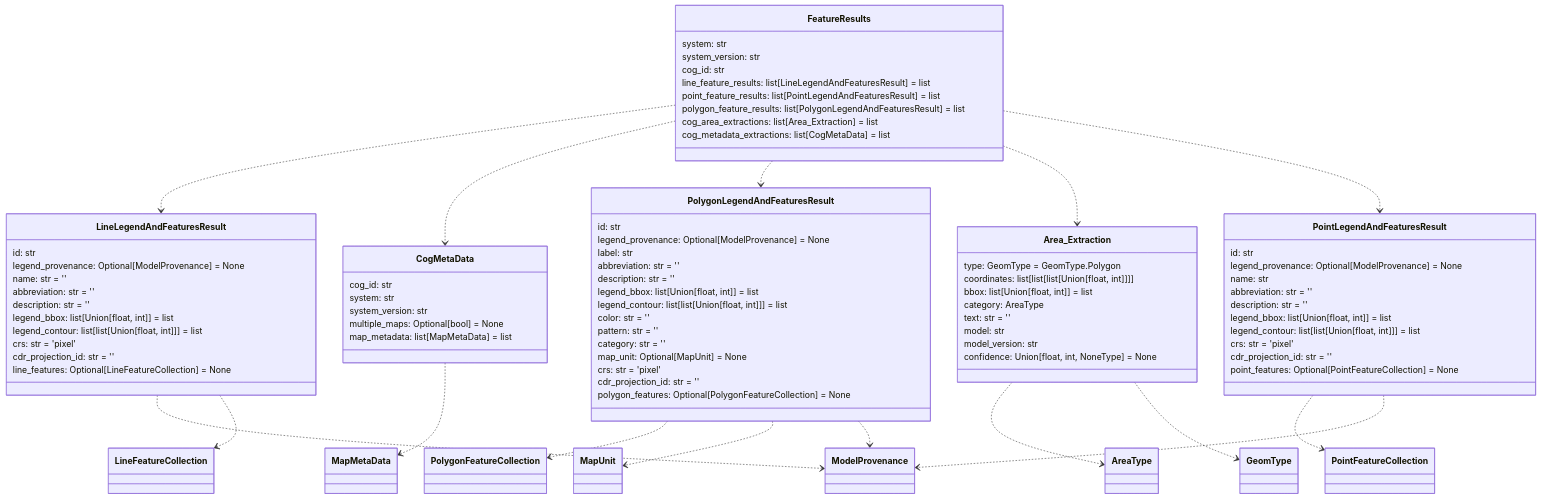
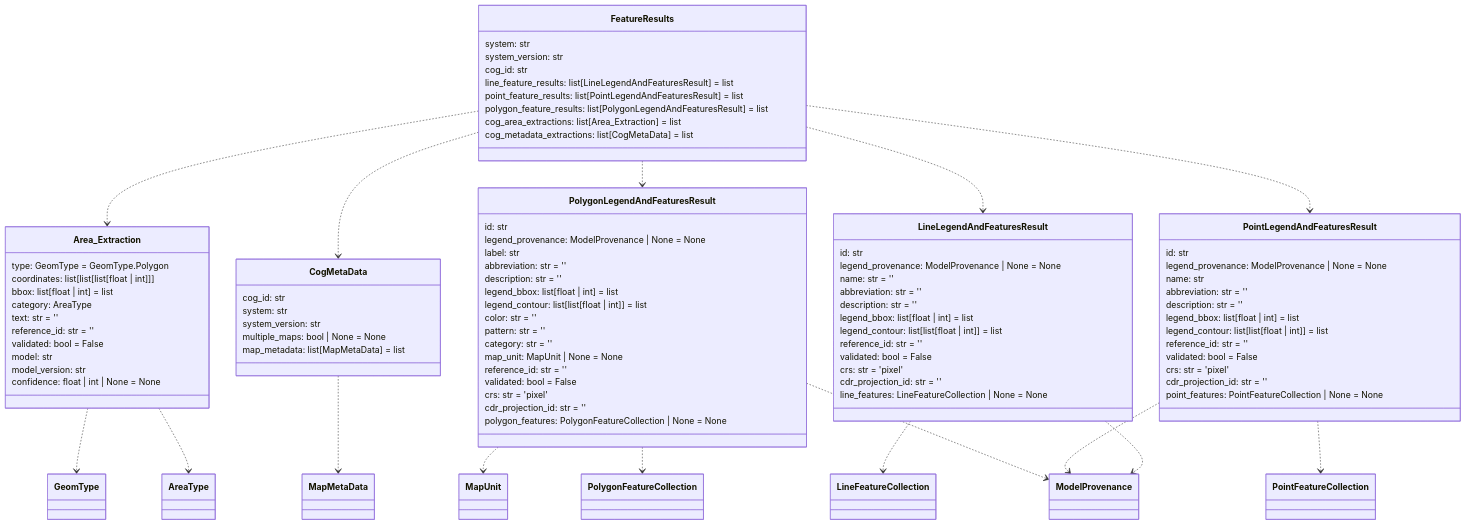
The fourth of 14 diagrams in README.md (DARPA-CRITICALMAAS/cdr_schemas), drawn with Mermaid before and after one commit. The commit also changed other lines of this file and 3 other files, not shown here.

First line of the commit message:
TA3 Schema Integration and Metadata Parsing (#36)

````diff
--- a/README.md
+++ b/README.md
@@ -251,25 +258,59 @@
 ```mermaid
 classDiagram
 
-    class LineLegendAndFeaturesResult {
+    class PolygonLegendAndFeaturesResult {
         id: str
-        legend_provenance: Optional[ModelProvenance] = None
-        name: str = ''
+        legend_provenance: ModelProvenance | None = None
+        label: str
         abbreviation: str = ''
         description: str = ''
-        legend_bbox: list[Union[float, int]] = list
-        legend_contour: list[list[Union[float, int]]] = list
+        legend_bbox: list[float | int] = list
+        legend_contour: list[list[float | int]] = list
+        color: str = ''
+        pattern: str = ''
+        category: str = ''
+        map_unit: MapUnit | None = None
+        reference_id: str = ''
+        validated: bool = False
         crs: str = 'pixel'
         cdr_projection_id: str = ''
-        line_features: Optional[LineFeatureCollection] = None
+        polygon_features: PolygonFeatureCollection | None = None
+    }
+
+    class Area_Extraction {
+        type: GeomType = GeomType.Polygon
+        coordinates: list[list[list[float | int]]]
+        bbox: list[float | int] = list
+        category: AreaType
+        text: str = ''
+        reference_id: str = ''
+        validated: bool = False
+        model: str
+        model_version: str
+        confidence: float | int | None = None
     }
 
     class CogMetaData {
         cog_id: str
         system: str
         system_version: str
-        multiple_maps: Optional[bool] = None
+        multiple_maps: bool | None = None
         map_metadata: list[MapMetaData] = list
+    }
+
+    class LineLegendAndFeaturesResult {
+        id: str
+        legend_provenance: ModelProvenance | None = None
+        name: str = ''
+        abbreviation: str = ''
+        description: str = ''
+        legend_bbox: list[float | int] = list
+        legend_contour: list[list[float | int]] = list
+        reference_id: str = ''
+        validated: bool = False
+        crs: str = 'pixel'
+        cdr_projection_id: str = ''
+        line_features: LineFeatureCollection | None = None
     }
 
     class FeatureResults {
@@ -283,61 +324,35 @@
         cog_metadata_extractions: list[CogMetaData] = list
     }
 
-    class PolygonLegendAndFeaturesResult {
-        id: str
-        legend_provenance: Optional[ModelProvenance] = None
-        label: str
-        abbreviation: str = ''
-        description: str = ''
-        legend_bbox: list[Union[float, int]] = list
-        legend_contour: list[list[Union[float, int]]] = list
-        color: str = ''
-        pattern: str = ''
-        category: str = ''
-        map_unit: Optional[MapUnit] = None
-        crs: str = 'pixel'
-        cdr_projection_id: str = ''
-        polygon_features: Optional[PolygonFeatureCollection] = None
-    }
-
-    class Area_Extraction {
-        type: GeomType = GeomType.Polygon
-        coordinates: list[list[list[Union[float, int]]]]
-        bbox: list[Union[float, int]] = list
-        category: AreaType
-        text: str = ''
-        model: str
-        model_version: str
-        confidence: Union[float, int, NoneType] = None
-    }
-
     class PointLegendAndFeaturesResult {
         id: str
-        legend_provenance: Optional[ModelProvenance] = None
+        legend_provenance: ModelProvenance | None = None
         name: str
         abbreviation: str = ''
         description: str = ''
-        legend_bbox: list[Union[float, int]] = list
-        legend_contour: list[list[Union[float, int]]] = list
+        legend_bbox: list[float | int] = list
+        legend_contour: list[list[float | int]] = list
+        reference_id: str = ''
+        validated: bool = False
         crs: str = 'pixel'
         cdr_projection_id: str = ''
-        point_features: Optional[PointFeatureCollection] = None
+        point_features: PointFeatureCollection | None = None
     }
 
+    Area_Extraction ..> GeomType
     Area_Extraction ..> AreaType
-    Area_Extraction ..> GeomType
+    LineLegendAndFeaturesResult ..> LineFeatureCollection
     LineLegendAndFeaturesResult ..> ModelProvenance
-    LineLegendAndFeaturesResult ..> LineFeatureCollection
     PointLegendAndFeaturesResult ..> PointFeatureCollection
     PointLegendAndFeaturesResult ..> ModelProvenance
+    PolygonLegendAndFeaturesResult ..> ModelProvenance
+    PolygonLegendAndFeaturesResult ..> MapUnit
     PolygonLegendAndFeaturesResult ..> PolygonFeatureCollection
-    PolygonLegendAndFeaturesResult ..> MapUnit
-    PolygonLegendAndFeaturesResult ..> ModelProvenance
     CogMetaData ..> MapMetaData
-    FeatureResults ..> LineLegendAndFeaturesResult
+    FeatureResults ..> Area_Extraction
     FeatureResults ..> CogMetaData
     FeatureResults ..> PolygonLegendAndFeaturesResult
-    FeatureResults ..> Area_Extraction
+    FeatureResults ..> LineLegendAndFeaturesResult
     FeatureResults ..> PointLegendAndFeaturesResult
 
 
````
